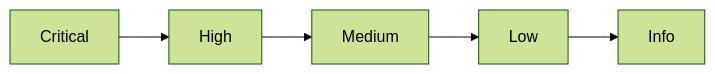
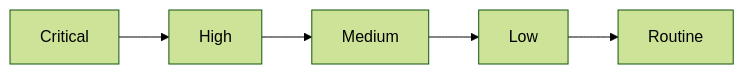
One commit to classifyre/classifyre changed the first of 2 diagrams in apps/docs/app/detectors/findings/page.mdx. Above: the diagram before and after it, drawn with Mermaid (forest theme). The commit also changed other lines of this file and 96 other files, not shown here.

````diff
--- a/apps/docs/app/detectors/findings/page.mdx
+++ b/apps/docs/app/detectors/findings/page.mdx
@@ -64,4 +69,4 @@
 ```mermaid
 graph LR
-    Critical["Critical"] --> High["High"] --> Medium["Medium"] --> Low["Low"] --> Info["Info"]
+    Critical["Critical"] --> High["High"] --> Medium["Medium"] --> Low["Low"] --> Routine["Routine"]
 ```
````
